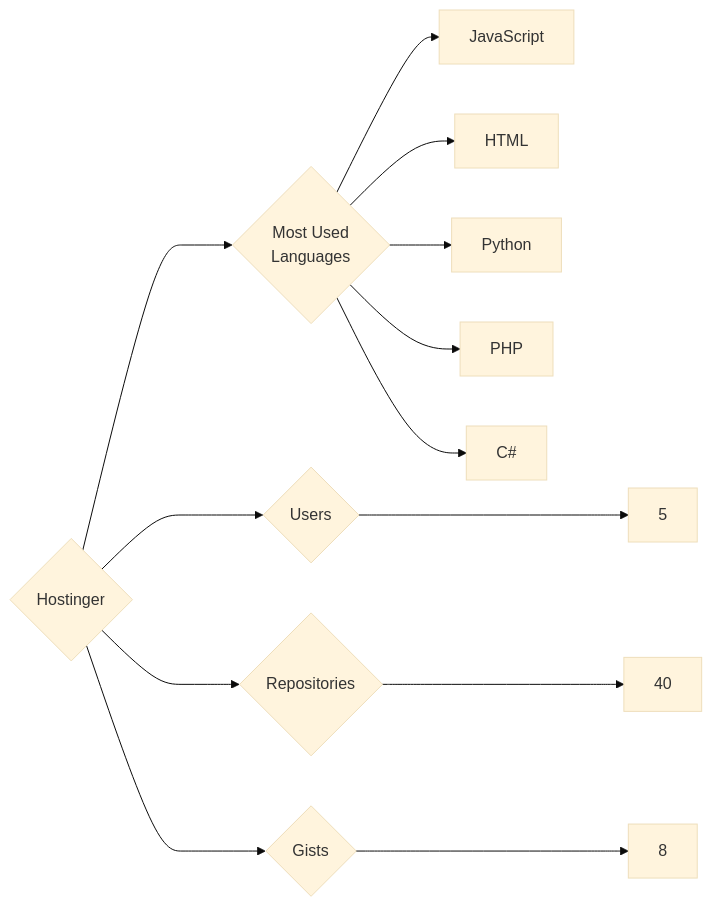
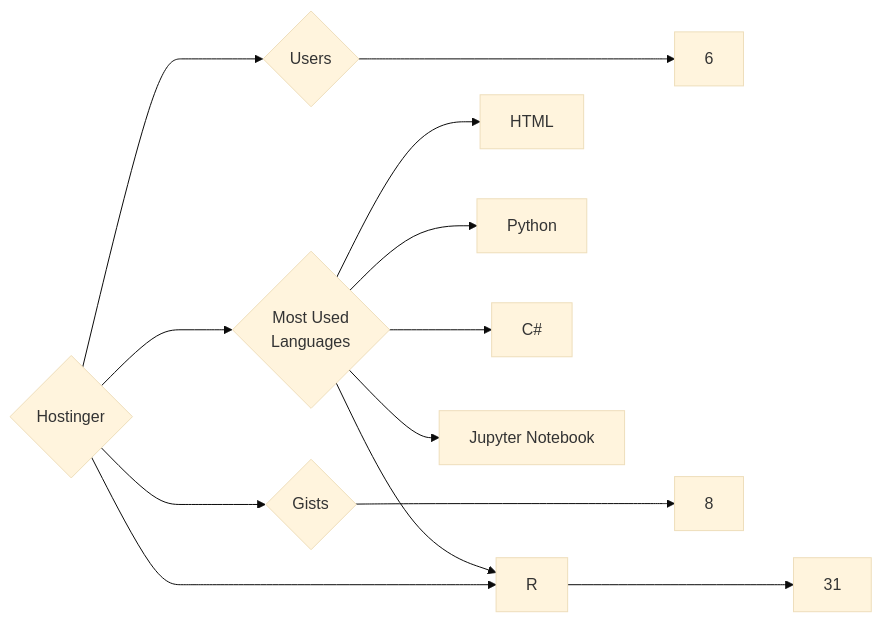
One commit to trickest/insiders changed the diagram in targets/Hostinger/README.md. Above: the diagram before and after it, drawn with Mermaid (base theme). The commit also changed 1003 other files, not shown here.

````diff
--- a/targets/Hostinger/README.md
+++ b/targets/Hostinger/README.md
@@ -3,13 +3,13 @@
 ```mermaid
 graph LR
 COMPANY_NAME{Hostinger}
-COMPANY_NAME ---> U{Users} ---> UN[5]
-COMPANY_NAME ---> R{Repositories} ---> RN[40]
+COMPANY_NAME ---> U{Users} ---> UN[6]
+COMPANY_NAME ---> R{Repositories} ---> RN[31]
 COMPANY_NAME ---> G{Gists} ---> GN[8]
 COMPANY_NAME ---> ML{Most Used<br>Languages}
-ML --> JavaScript[JavaScript]
 ML --> HTML[HTML]
+ML --> R[R]
 ML --> Python[Python]
-ML --> PHP[PHP]
 ML --> C#[C#]
+ML --> Jupyter_Notebook[Jupyter Notebook]
 ```
````
